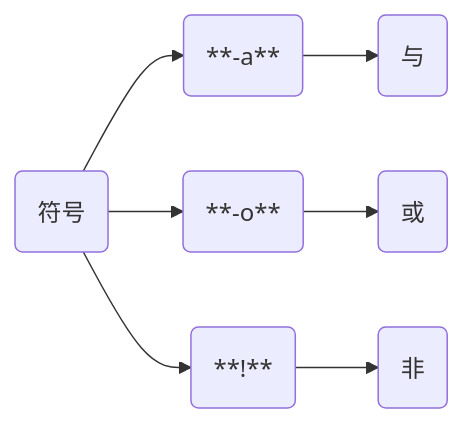
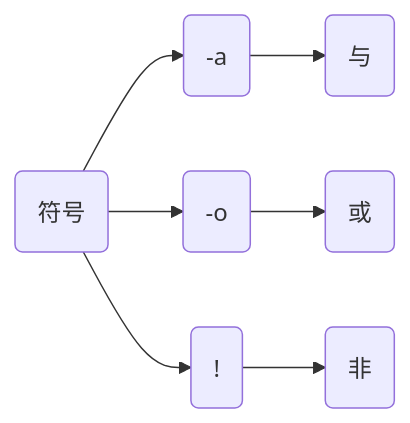
One commit to dmjcb/dmjcb.github.io changed the diagram in _posts/OS/Linux/Shell/2021-10-10-Shell语法.md. Above: the diagram before and after it, drawn with Mermaid. The commit also changed 37 other files, not shown here.

Commit message:
增加动态库博客中说明图片

````diff
--- a/_posts/OS/Linux/Shell/2021-10-10-Shell语法.md
+++ b/_posts/OS/Linux/Shell/2021-10-10-Shell语法.md
@@ -347,7 +347,7 @@
 ```mermaid
 graph LR;
     X(符号)
-    X-->A(**-a**)-->A1(与)
-    X-->B(**-o**)-->B1(或)
-    X-->C(**!**)-->C1(非)
+    X-->A("-a")-->A1(与)
+    X-->B("-o")-->B1(或)
+    X-->C("!")-->C1(非)
 ```
````
